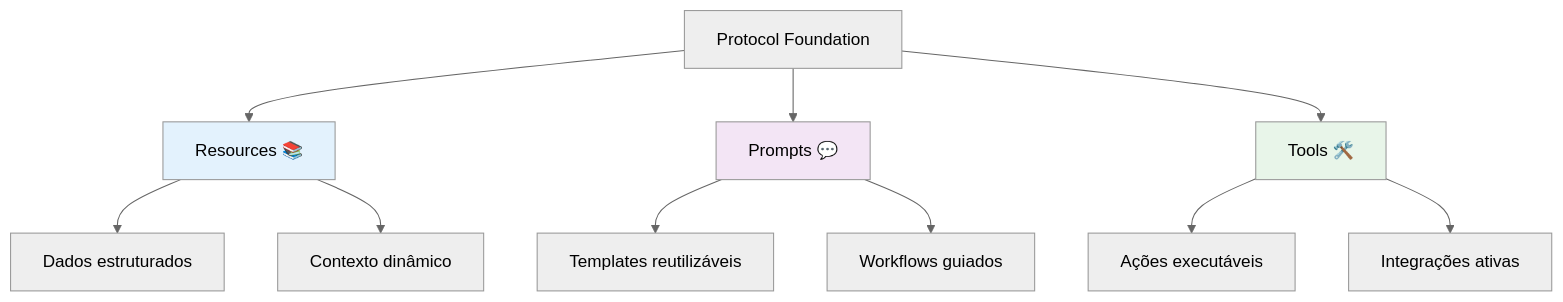
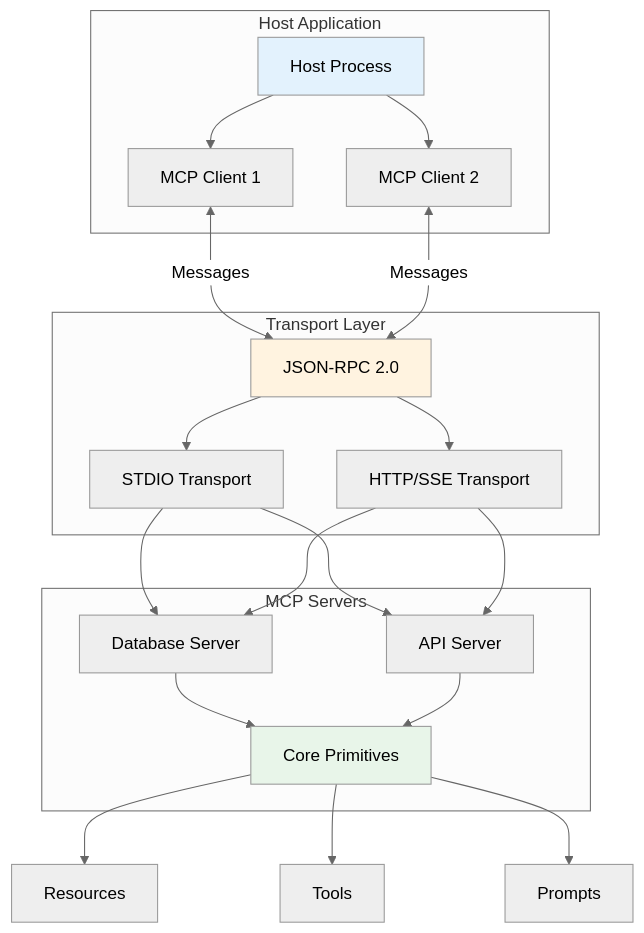
The third of 28 diagrams in AI/Comunicação/MCP/00-mcp-presentation-zero to hero.md (felipepimentel/my-public-notes), drawn with Mermaid (neutral theme) before and after one commit. The commit also changed other lines of this file, not shown here.

````diff
--- a/AI/Comunicação/MCP/00-mcp-presentation-zero to hero.md
+++ b/AI/Comunicação/MCP/00-mcp-presentation-zero to hero.md
@@ -79,19 +67,34 @@
 ```mermaid
 graph TB
-    MCP[Protocol Foundation] --> RES[Resources 📚]
-    MCP --> PRO[Prompts 💬]
-    MCP --> TOO[Tools 🛠️]
+    subgraph "Host Application"
+        HOST[Host Process]
+        CLIENT1[MCP Client 1]
+        CLIENT2[MCP Client 2]
+        HOST --> CLIENT1
+        HOST --> CLIENT2
+    end
     
-    RES --> R1[Dados estruturados]
-    RES --> R2[Contexto dinâmico]
+    subgraph "Transport Layer"
+        JSONRPC[JSON-RPC 2.0]
+        STDIO[STDIO Transport]
+        HTTP[HTTP/SSE Transport]
+    end
     
-    PRO --> P1[Templates reutilizáveis]
-    PRO --> P2[Workflows guiados]
+    subgraph "MCP Servers"
+        SERVER1[Database Server]
+        SERVER2[API Server]
+        PRIMITIVES[Core Primitives]
+    end
     
-    TOO --> T1[Ações executáveis]
-    TOO --> T2[Integrações ativas]
+    CLIENT1 <-->|Messages| JSONRPC
+    CLIENT2 <-->|Messages| JSONRPC
+    JSONRPC --> STDIO & HTTP
+    STDIO & HTTP --> SERVER1 & SERVER2
+    SERVER1 & SERVER2 --> PRIMITIVES
     
-    style RES fill:#e3f2fd
-    style PRO fill:#f3e5f5
-    style TOO fill:#e8f5e9
+    PRIMITIVES --> RES[Resources] & TOOLS[Tools] & PROMPTS[Prompts]
+    
+    style HOST fill:#e3f2fd
+    style JSONRPC fill:#fff3e0
+    style PRIMITIVES fill:#e8f5e9
 ```
````
